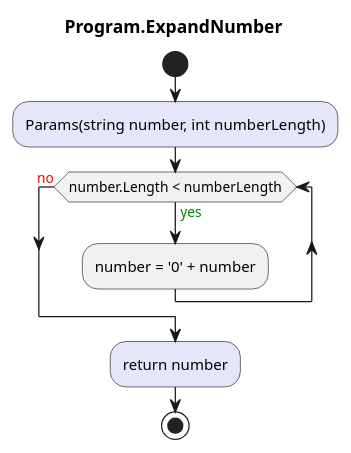
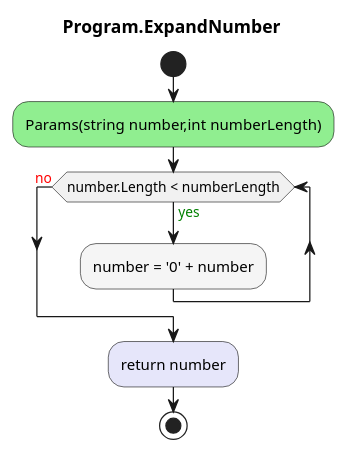
One commit to leoggehrer/2324-34_ABIF_ACIF_POSE changed the diagram in BinaryAdder.ConApp/diagrams/ac_Program_ExpandNumber.puml. Above: the diagram before and after it, drawn with PlantUML. The commit also changed 38 other files, not shown here.

Commit message:
Generated diagrams.

```diff
--- a/BinaryAdder.ConApp/diagrams/ac_Program_ExpandNumber.puml
+++ b/BinaryAdder.ConApp/diagrams/ac_Program_ExpandNumber.puml
@@ -1,10 +1,10 @@
 @startuml Program.ExpandNumber
 title Program.ExpandNumber
 start
-#Lavender:Params(string number, int numberLength);
+#LightGreen:Params(string number,int numberLength);
 while (number.Length < numberLength) is (<color:green>yes)
-    :number = '0' + number;
+        #WhiteSmoke:number = '0' + number;
 endwhile (<color:red>no)
 #Lavender:return number;
 stop
 @enduml
```
